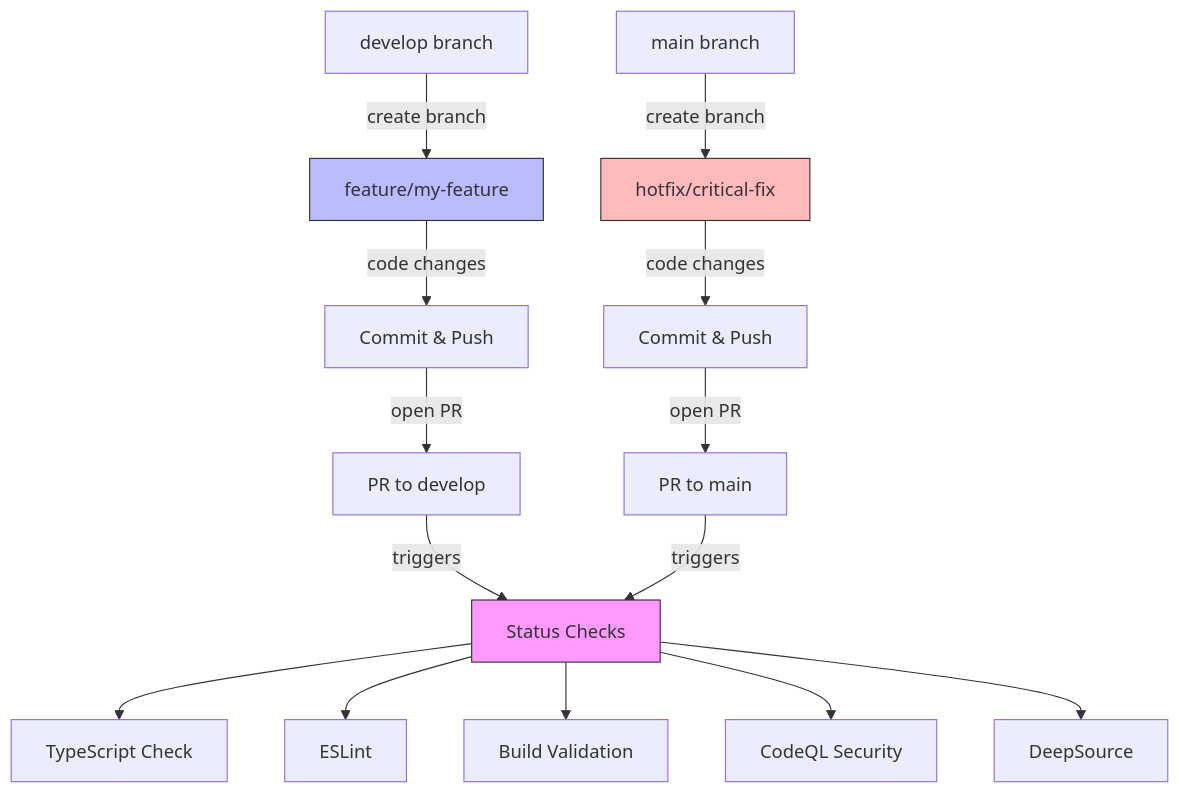
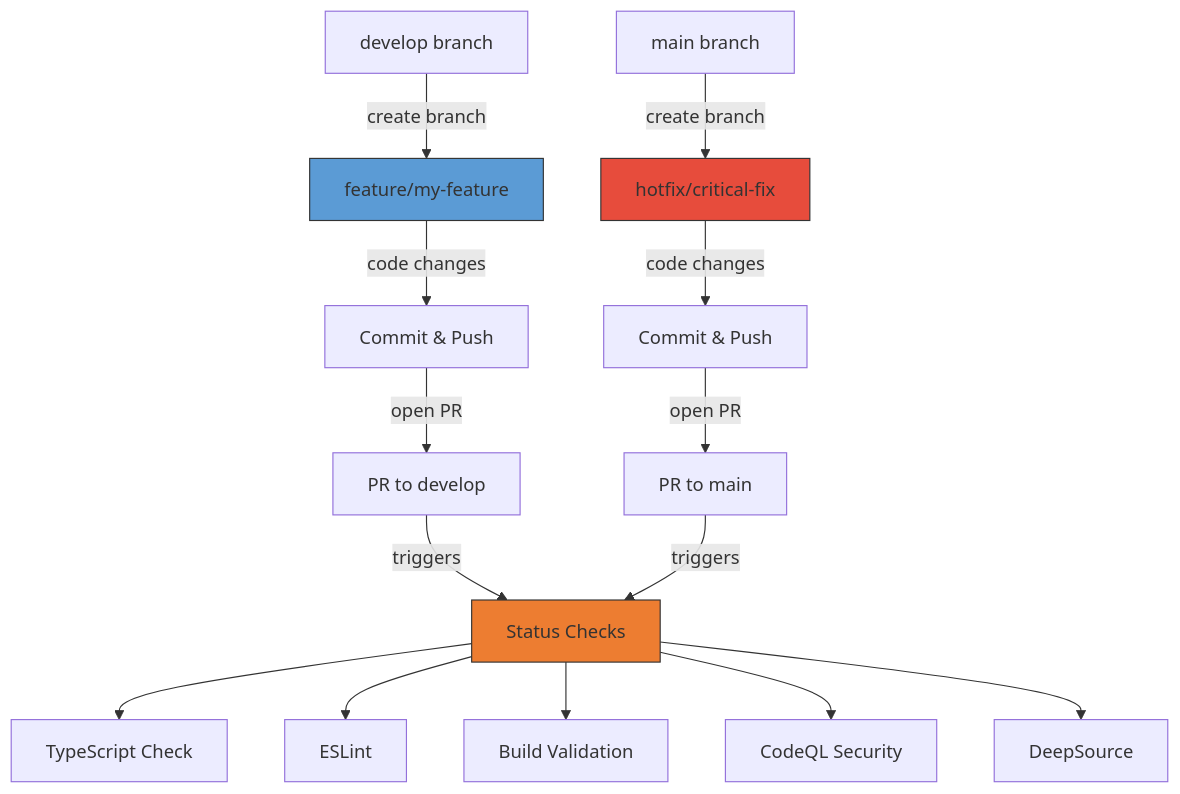
The first of 4 diagrams in README.md (mattlucian/idevelop.tech), drawn with Mermaid before and after one commit. The commit also changed other lines of this file, not shown here.

First line of the commit message:
refactor: Make CI/CD diagrams vertical with better colors

````diff
--- a/README.md
+++ b/README.md
@@ -81,24 +81,24 @@
 ```mermaid
 graph TB
     A[develop branch] -->|create branch| B[feature/my-feature]
     C[main branch] -->|create branch| D[hotfix/critical-fix]
 
     B -->|code changes| E[Commit & Push]
     D -->|code changes| F[Commit & Push]
 
     E -->|open PR| G[PR to develop]
     F -->|open PR| H[PR to main]
 
     G -->|triggers| I[Status Checks]
     H -->|triggers| I
 
     I --> J[TypeScript Check]
     I --> K[ESLint]
     I --> L[Build Validation]
     I --> M[CodeQL Security]
     I --> N[DeepSource]
 
-    style B fill:#bbf,stroke:#333
-    style D fill:#fbb,stroke:#333
-    style I fill:#f9f,stroke:#333
+    style B fill:#5b9bd5,stroke:#333
+    style D fill:#e74c3c,stroke:#333
+    style I fill:#ed7d31,stroke:#333
 ```
````
